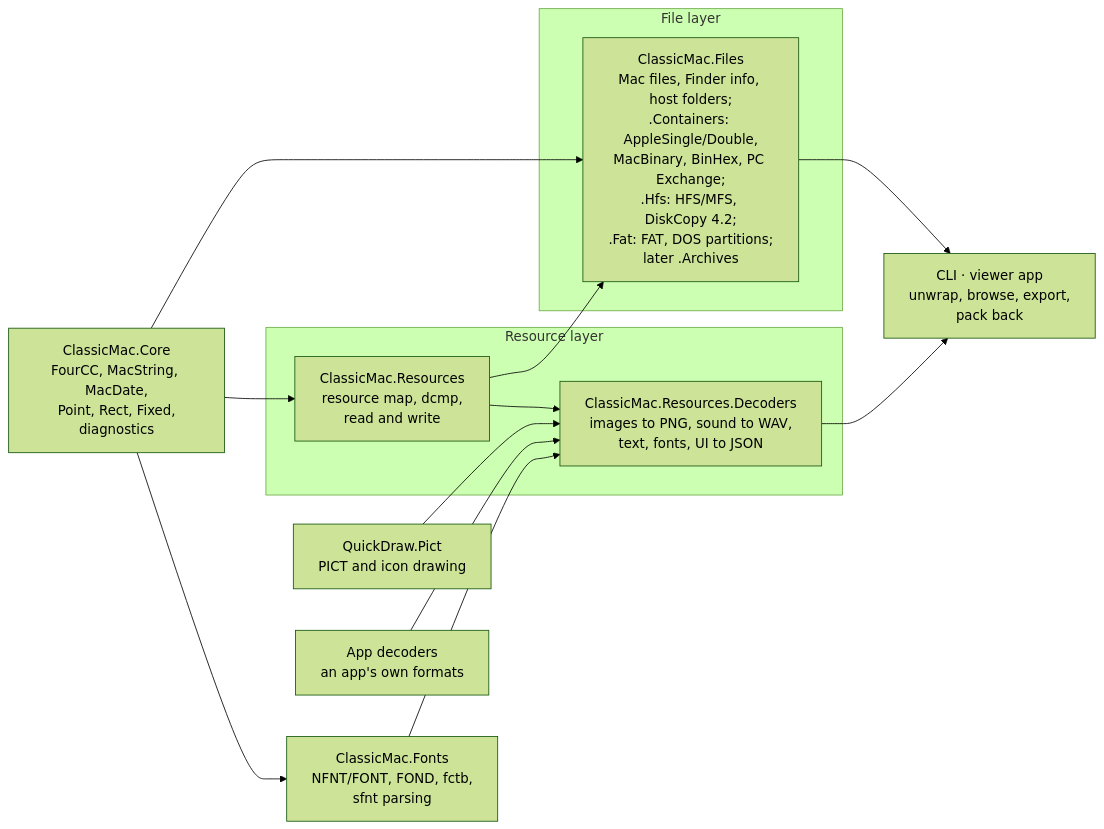
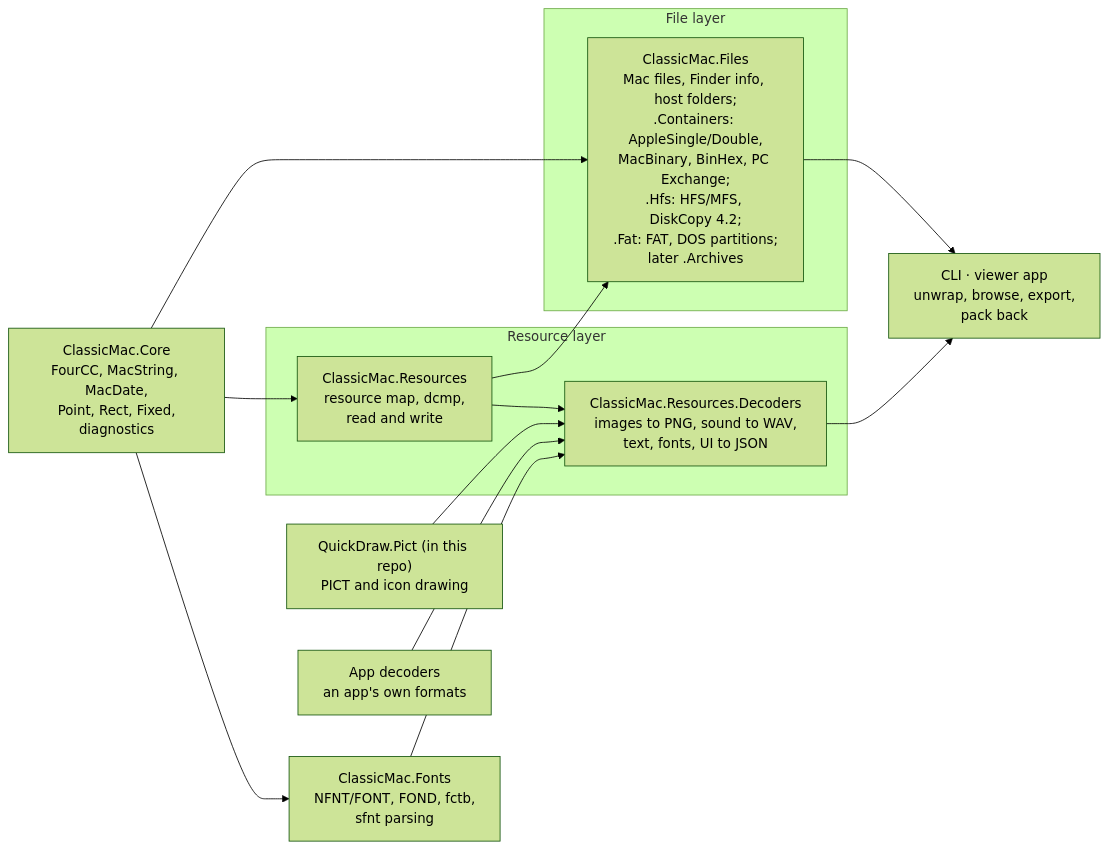
The diagram in docs/PLAN.md (inexin/ClassicMac), drawn with Mermaid (forest theme) before and after one commit. The commit also changed other lines of this file and 31 other files, not shown here.

Commit message:
QuickDraw.Pict in ClassicMac: builds and tests in the solution (.NET 10, central packages, xUnit v3), the decoders use it directly; its docs, notices and changelog folded in; fixed goldens left stale by the last fonts commit; status line no longer overwritten by a late progress report

````diff
--- a/docs/PLAN.md
+++ b/docs/PLAN.md
@@ -311,20 +310,20 @@
 ```mermaid
 flowchart LR
     B["ClassicMac.Core<br/>FourCC, MacString, MacDate,<br/>Point, Rect, Fixed,<br/>diagnostics"]
     subgraph filelayer["File layer"]
         F["ClassicMac.Files<br/>Mac files, Finder info, host folders;<br/>.Containers: AppleSingle/Double,<br/>MacBinary, BinHex, PC Exchange;<br/>.Hfs: HFS/MFS, DiskCopy 4.2;<br/>.Fat: FAT, DOS partitions;<br/>later .Archives"]
     end
     subgraph resourcelayer["Resource layer"]
         M["ClassicMac.Resources<br/>resource map, dcmp,<br/>read and write"]
         D["ClassicMac.Resources.Decoders<br/>images to PNG, sound to WAV,<br/>text, fonts, UI to JSON"]
     end
     T["ClassicMac.Fonts<br/>NFNT/FONT, FOND, fctb,<br/>sfnt parsing"]
     E["CLI · viewer app<br/>unwrap, browse, export,<br/>pack back"]
     B --> F & M & T
     T --> D
     M --> F
     M --> D
     F & D --> E
-    Q["QuickDraw.Pict<br/>PICT and icon drawing"] --> D
+    Q["QuickDraw.Pict (in this repo)<br/>PICT and icon drawing"] --> D
     A["App decoders<br/>an app's own formats"] --> D
 ```
````
